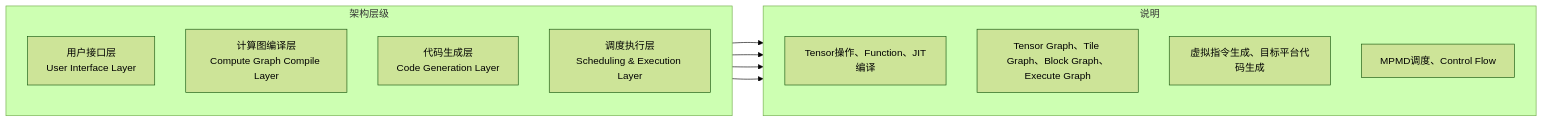
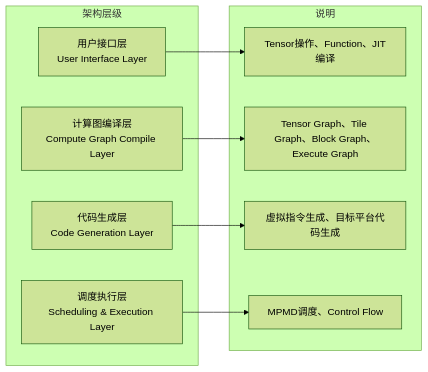
The diagram in docs/zh/tutorials/introduction/introduction.md (hicann/pypto), drawn with Mermaid (forest theme) before and after one commit. The commit also changed 18 other files, not shown here.

````diff
--- a/docs/zh/tutorials/introduction/introduction.md
+++ b/docs/zh/tutorials/introduction/introduction.md
@@ -9,23 +9,21 @@
 ```mermaid
 flowchart LR
     subgraph Left["架构层级"]
-        direction TB
         L1["用户接口层<br>User Interface Layer"]
         L2["计算图编译层<br>Compute Graph Compile Layer"]
         L3["代码生成层<br>Code Generation Layer"]
         L4["调度执行层<br>Scheduling & Execution Layer"]
     end
 
     subgraph Right["说明"]
-        direction TB
         R1["Tensor操作、Function、JIT编译"]
         R2["Tensor Graph、Tile Graph、Block Graph、Execute Graph"]
         R3["虚拟指令生成、目标平台代码生成"]
         R4["MPMD调度、Control Flow"]
     end
 
     L1 --> R1
     L2 --> R2
     L3 --> R3
     L4 --> R4
 ```
````
